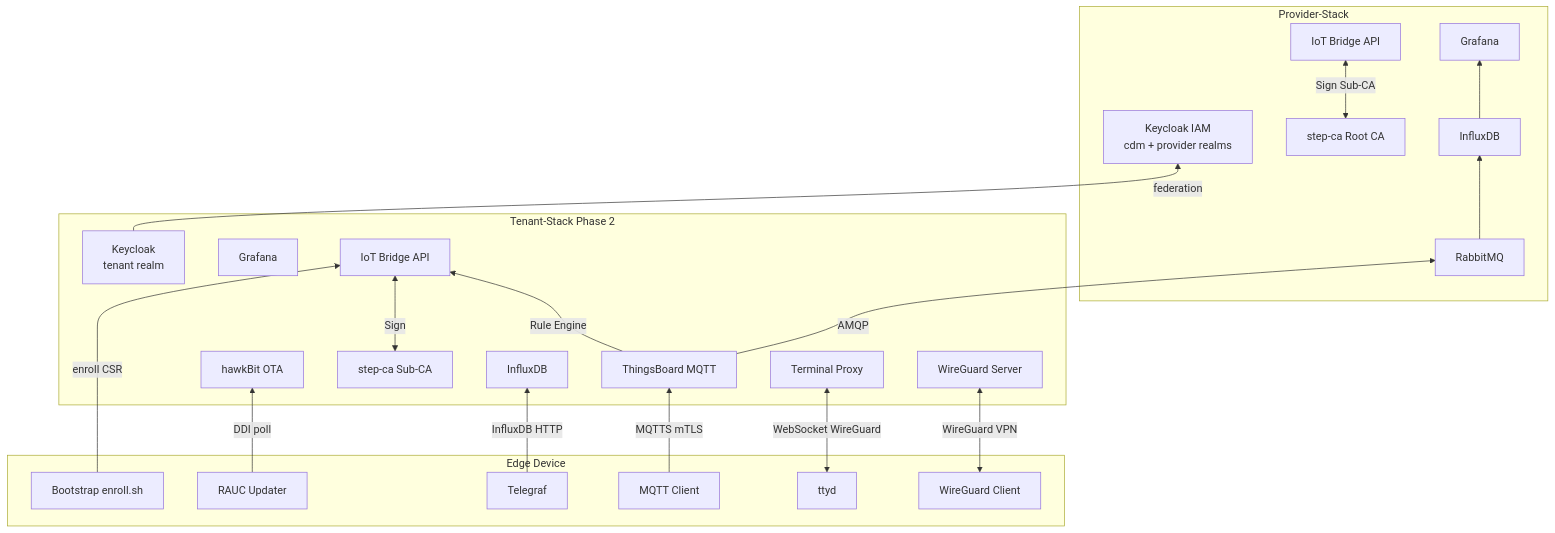
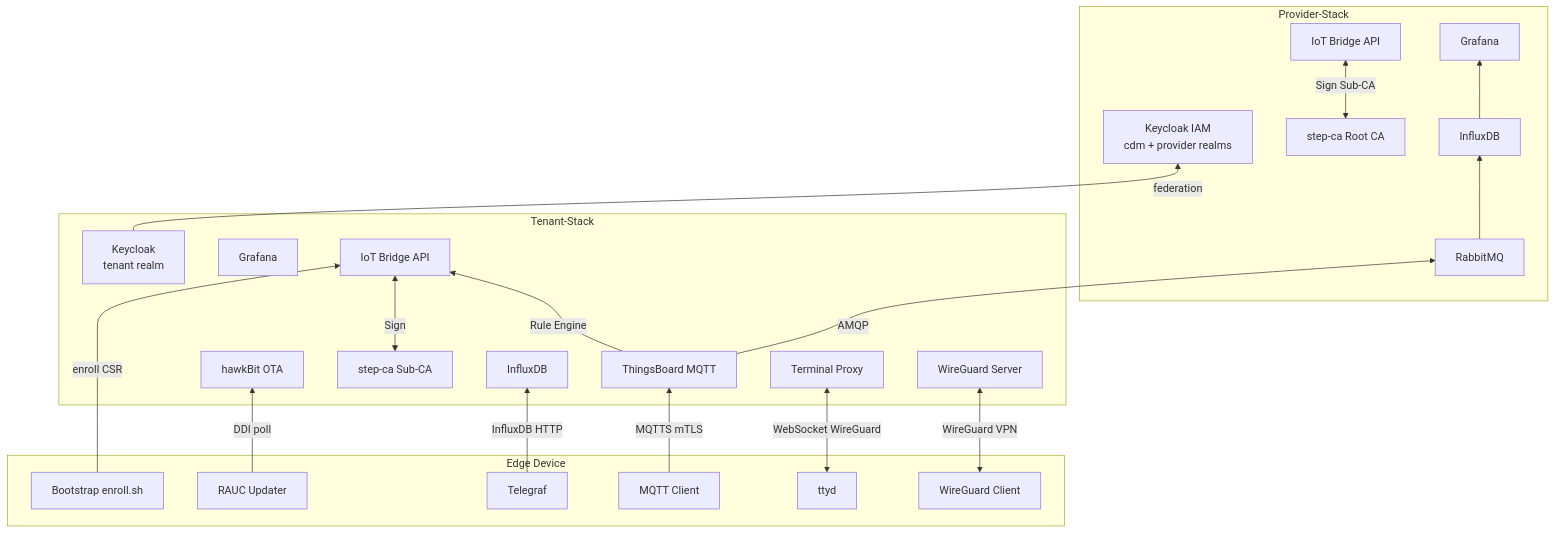
One commit to the78mole/complete-device-management changed the diagram in README.md. Above: the diagram before and after it, drawn with Mermaid. The commit also changed other lines of this file and 35 other files, not shown here.

Commit message:
Complete Architecture Redesign - Phase 5 - Cleanup old stack

````diff
--- a/README.md
+++ b/README.md
@@ -36,46 +36,46 @@
 ```mermaid
 flowchart BT
     subgraph provider[Provider-Stack]
         KC[Keycloak IAM\ncdm + provider realms]
         SCA[step-ca Root CA]
         RMQ[RabbitMQ]
         IDB_P[InfluxDB]
         GRF_P[Grafana]
         IBA_P[IoT Bridge API]
 
         SCA <-->|Sign Sub-CA| IBA_P
         RMQ --> IDB_P --> GRF_P
     end
 
-    subgraph tenant[Tenant-Stack  Phase 2]
+    subgraph tenant[Tenant-Stack]
         KC_T[Keycloak\ntenant realm]
         TB[ThingsBoard MQTT]
         HB[hawkBit OTA]
         SCA_T[step-ca Sub-CA]
         WGS[WireGuard Server]
         TXP[Terminal Proxy]
         IDB_T[InfluxDB]
         GRF_T[Grafana]
 
         KC_T -->|federation| KC
         TB -->|Rule Engine| IBA_T[IoT Bridge API]
         SCA_T <-->|Sign| IBA_T
         TB -->|AMQP| RMQ
     end
 
     subgraph edge[Edge Device]
         BST[Bootstrap enroll.sh]
         UPD[RAUC Updater]
         TLG[Telegraf]
         MQC[MQTT Client]
         TTD[ttyd]
         WGC[WireGuard Client]
     end
 
     MQC -->|MQTTS mTLS| TB
     UPD -->|DDI poll| HB
     TLG -->|InfluxDB HTTP| IDB_T
     TTD <-->|WebSocket WireGuard| TXP
     WGC <-->|WireGuard VPN| WGS
     BST -->|enroll CSR| IBA_T
 ```
````
